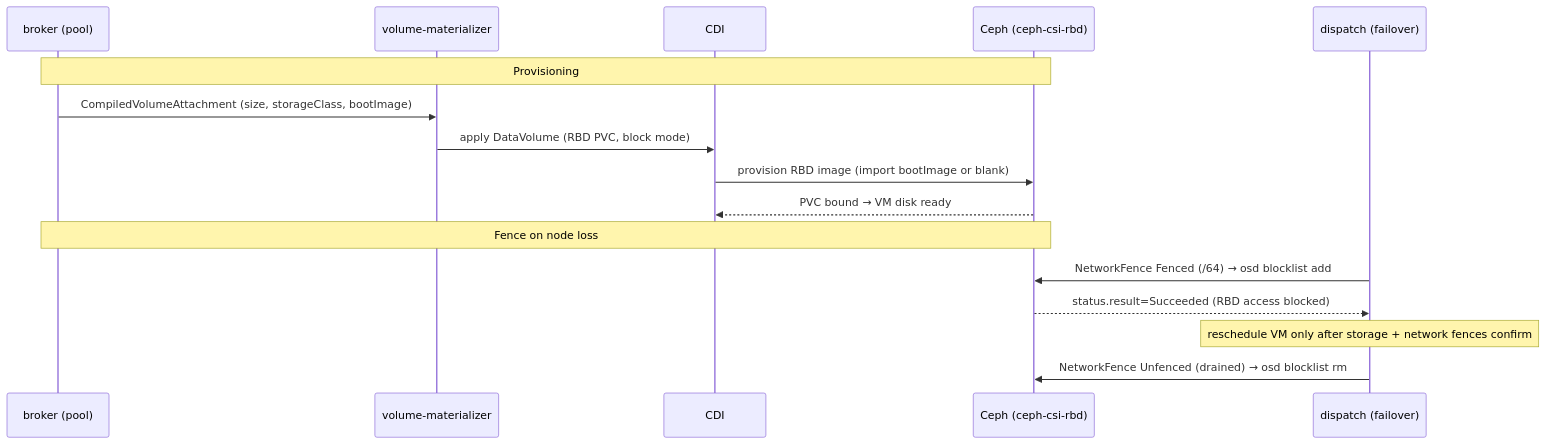
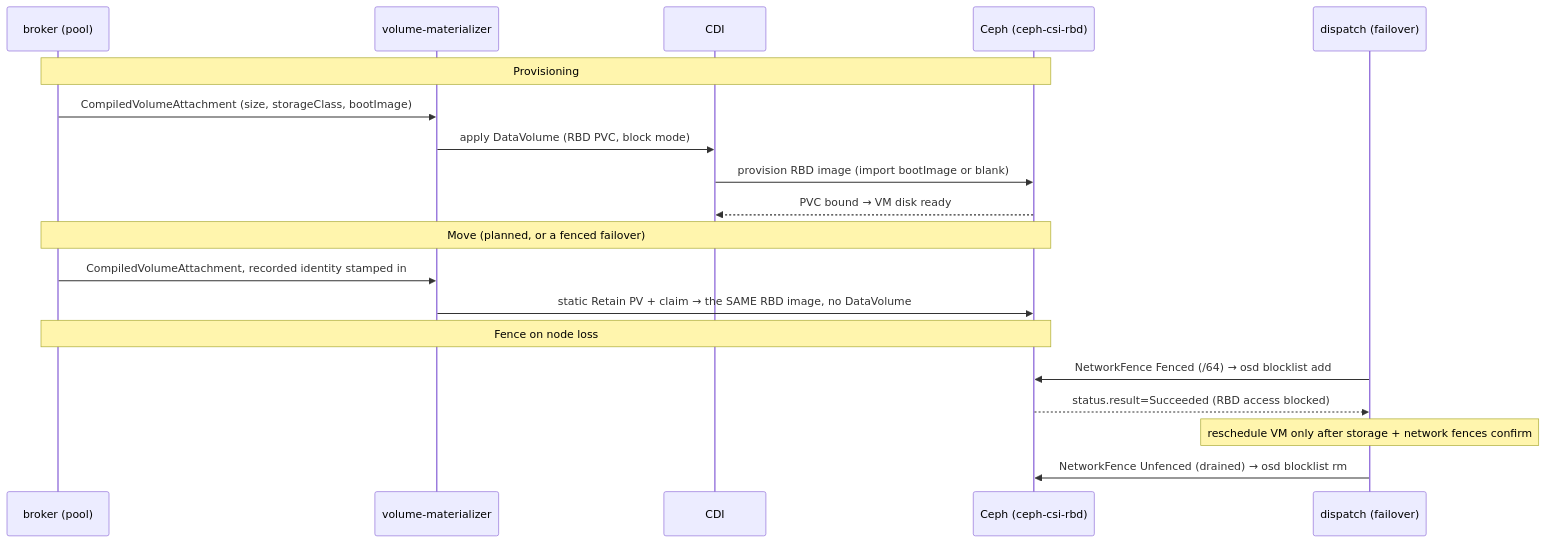
Before and after one commit to trevex/ectobase: the diagram in docs/architecture/storage-csi-integration.md, drawn with Mermaid. The commit also changed other lines of this file, not shown here.

First line of the commit message:
docs: describe how a disk survives a cluster move

````diff
--- a/docs/architecture/storage-csi-integration.md
+++ b/docs/architecture/storage-csi-integration.md
@@ -69,20 +115,24 @@
 ```mermaid
 sequenceDiagram
     participant Broker as broker (pool)
     participant VolM as volume-materializer
     participant CDI
     participant Ceph as Ceph (ceph-csi-rbd)
 
     Note over Broker,Ceph: Provisioning
     Broker->>VolM: CompiledVolumeAttachment (size, storageClass, bootImage)
     VolM->>CDI: apply DataVolume (RBD PVC, block mode)
     CDI->>Ceph: provision RBD image (import bootImage or blank)
     Ceph-->>CDI: PVC bound → VM disk ready
 
+    Note over Broker,Ceph: Move (planned, or a fenced failover)
+    Broker->>VolM: CompiledVolumeAttachment, recorded identity stamped in
+    VolM->>Ceph: static Retain PV + claim → the SAME RBD image, no DataVolume
+
     Note over Broker,Ceph: Fence on node loss
     participant Dispatch as dispatch (failover)
     Dispatch->>Ceph: NetworkFence Fenced (/64) → osd blocklist add
     Ceph-->>Dispatch: status.result=Succeeded (RBD access blocked)
     Note over Dispatch: reschedule VM only after storage + network fences confirm
     Dispatch->>Ceph: NetworkFence Unfenced (drained) → osd blocklist rm
 ```
````
